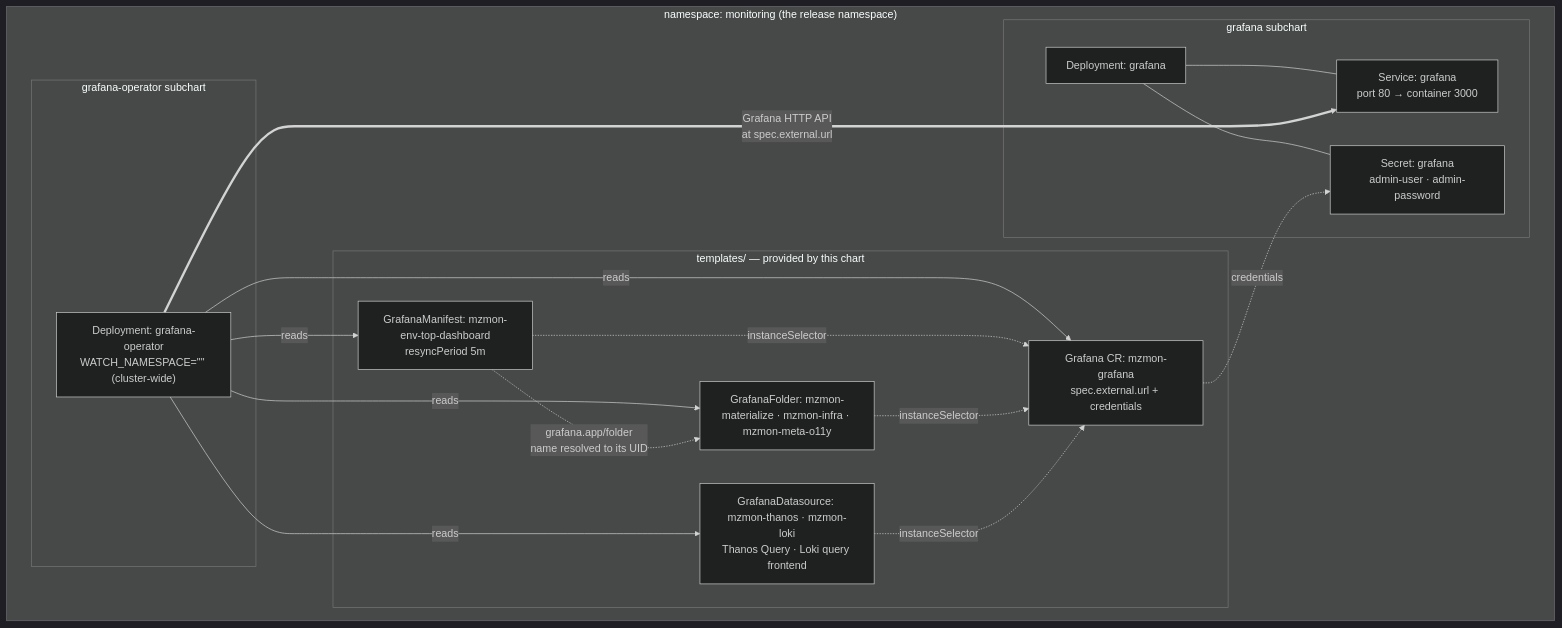
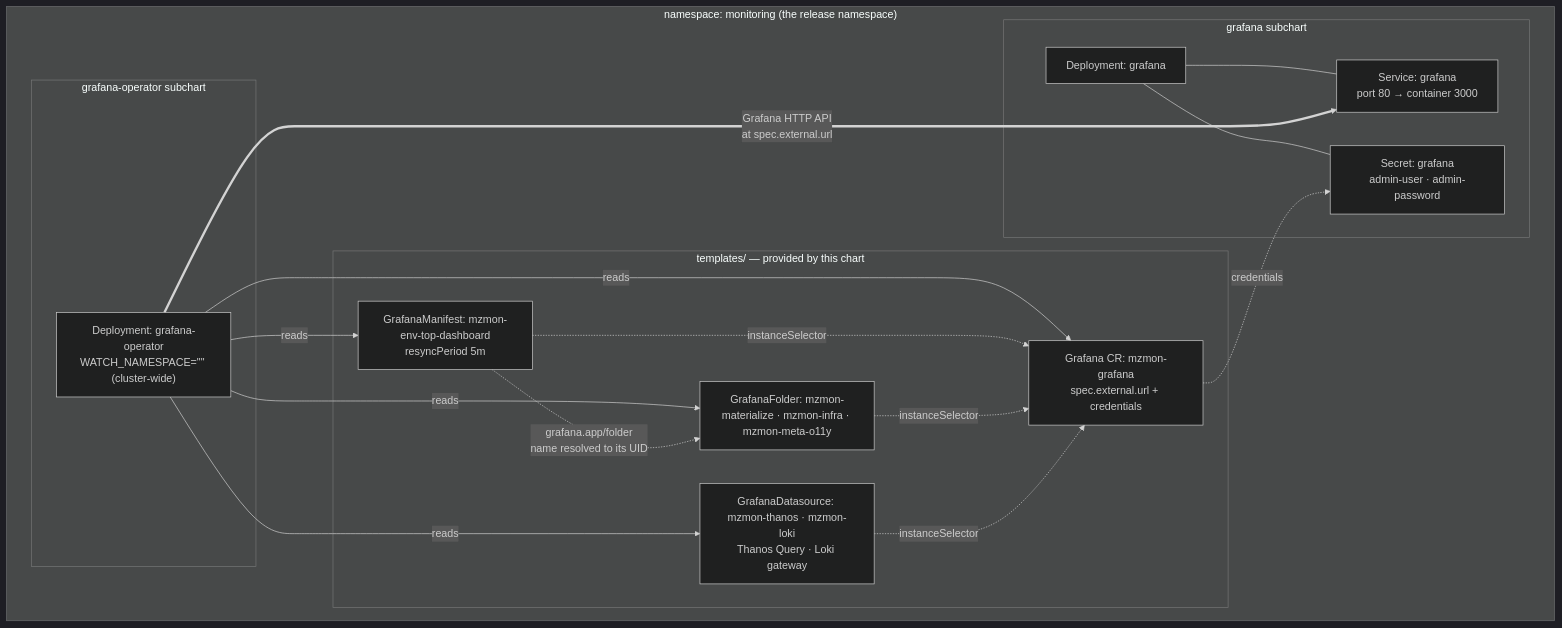
Before and after one commit to MaterializeInc/materialize-monitoring: the diagram in docs/content/dashboards/grafana/architecture.md, drawn with Mermaid (dark theme). The commit also changed other lines of this file and 5 other files, not shown here.

````diff
--- a/docs/content/dashboards/grafana/architecture.md
+++ b/docs/content/dashboards/grafana/architecture.md
@@ -139,34 +139,34 @@
 ```mermaid
 flowchart TB
   subgraph ns["namespace: monitoring (the release namespace)"]
     subgraph chart_grafana["grafana subchart"]
       gdep["Deployment: grafana"]
       gsvc["Service: grafana<br/>port 80 → container 3000"]
       gsec["Secret: grafana<br/>admin-user · admin-password"]
       gdep --- gsvc
       gdep --- gsec
     end
 
     subgraph chart_op["grafana-operator subchart"]
       opdep["Deployment: grafana-operator<br/>WATCH_NAMESPACE=&quot;&quot; (cluster-wide)"]
     end
 
     subgraph provided["templates/ — provided by this chart"]
       gcr["Grafana CR: mzmon-grafana<br/>spec.external.url + credentials"]
       gman["GrafanaManifest: mzmon-env-top-dashboard<br/>resyncPeriod 5m"]
       gfld["GrafanaFolder: mzmon-materialize · mzmon-infra · mzmon-meta-o11y"]
-      gds["GrafanaDatasource: mzmon-thanos · mzmon-loki<br/>Thanos Query · Loki query frontend"]
+      gds["GrafanaDatasource: mzmon-thanos · mzmon-loki<br/>Thanos Query · Loki gateway"]
     end
   end
 
   opdep -->|"reads"| gcr
   opdep -->|"reads"| gman
   opdep -->|"reads"| gfld
   opdep -->|"reads"| gds
   gman -.->|"grafana.app/folder<br/>name resolved to its UID"| gfld
   gman -.->|"instanceSelector"| gcr
   gfld -.->|"instanceSelector"| gcr
   gds -.->|"instanceSelector"| gcr
   opdep ==>|"Grafana HTTP API<br/>at spec.external.url"| gsvc
   gcr -.->|"credentials"| gsec
 ```
````
